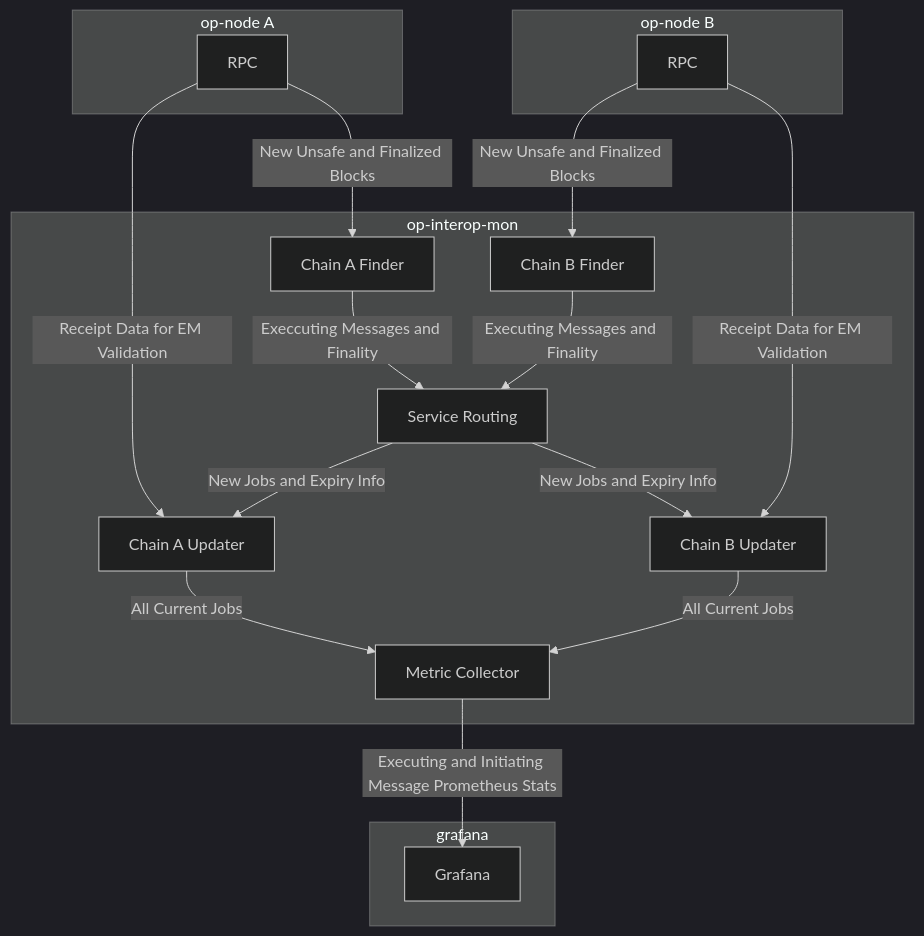
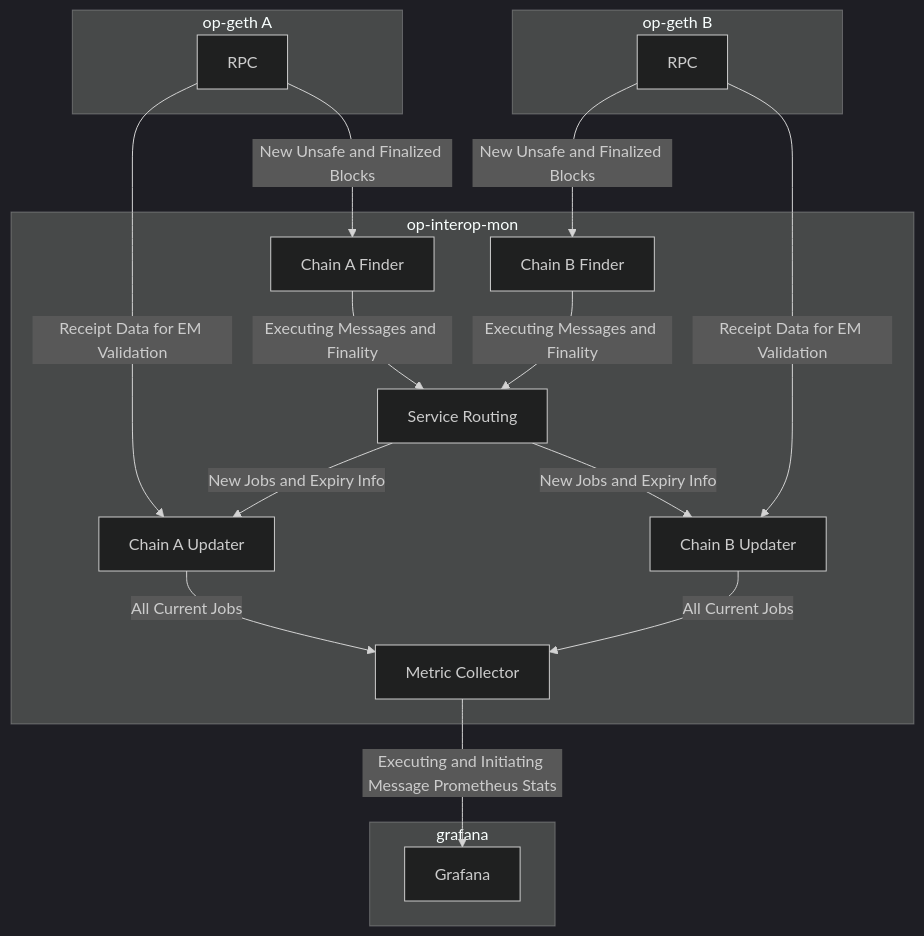
Before and after one commit to ethereum-optimism/optimism: the diagram in op-interop-mon/README.md, drawn with Mermaid (dark theme). The commit also changed 6 other files, not shown here.

````diff
--- a/op-interop-mon/README.md
+++ b/op-interop-mon/README.md
@@ -20,38 +20,38 @@
 ```mermaid
 flowchart TD
 
-  subgraph op-node A
+  subgraph op-geth A
     ra[RPC]
   end
 
-  subgraph op-node B
+  subgraph op-geth B
     rb[RPC]
   end
 
   subgraph grafana
    g[Grafana]
   end
 
   %% Main Monitoring Group
   subgraph service["op-interop-mon"]
     s[Service Routing]
     m[Metric Collector]
     fa[Chain A Finder]
     fb[Chain B Finder]
     ua[Chain A Updater️]
     ub[Chain B Updater]
   end
 
   ra --"New Unsafe and Finalized Blocks"--> fa
   ra --"Receipt Data for EM Validation"--> ua
-  fa --"Execcuting Messages and Finality" --> s
+  fa --"Executing Messages and Finality" --> s
   s --"New Jobs and Expiry Info" --> ub
   rb --"New Unsafe and Finalized Blocks"--> fb
   rb --"Receipt Data for EM Validation"--> ub
   fb --"Executing Messages and Finality" --> s
   s --"New Jobs and Expiry Info" --> ua
   ua --"All Current Jobs"--> m
   ub --"All Current Jobs"--> m
   m --"Executing and Initiating Message Prometheus Stats"--> g
 
 ```
````
